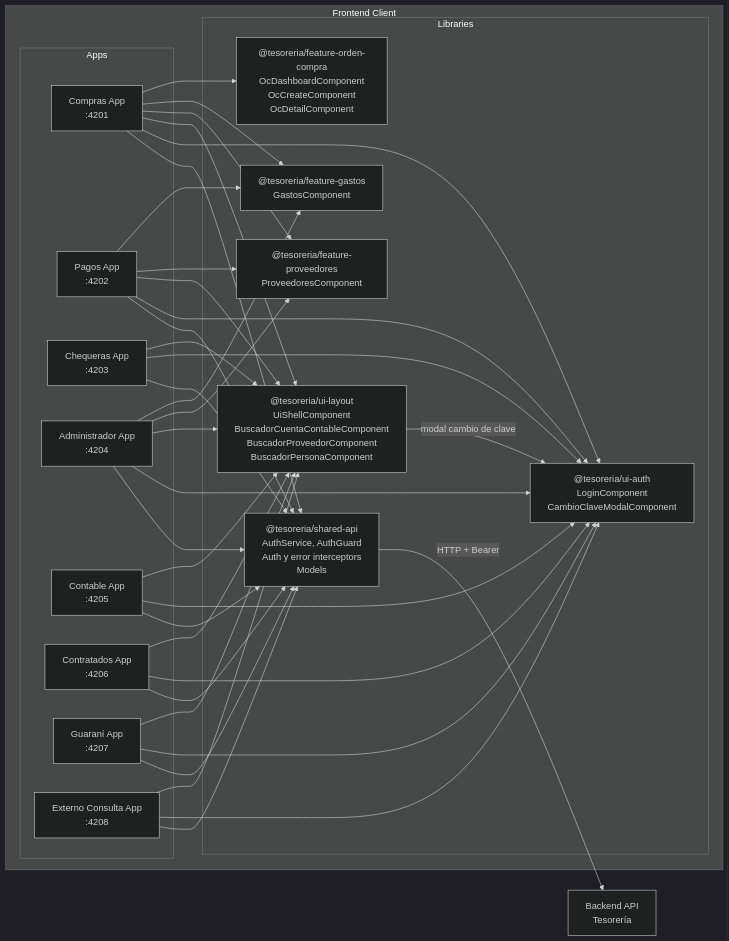
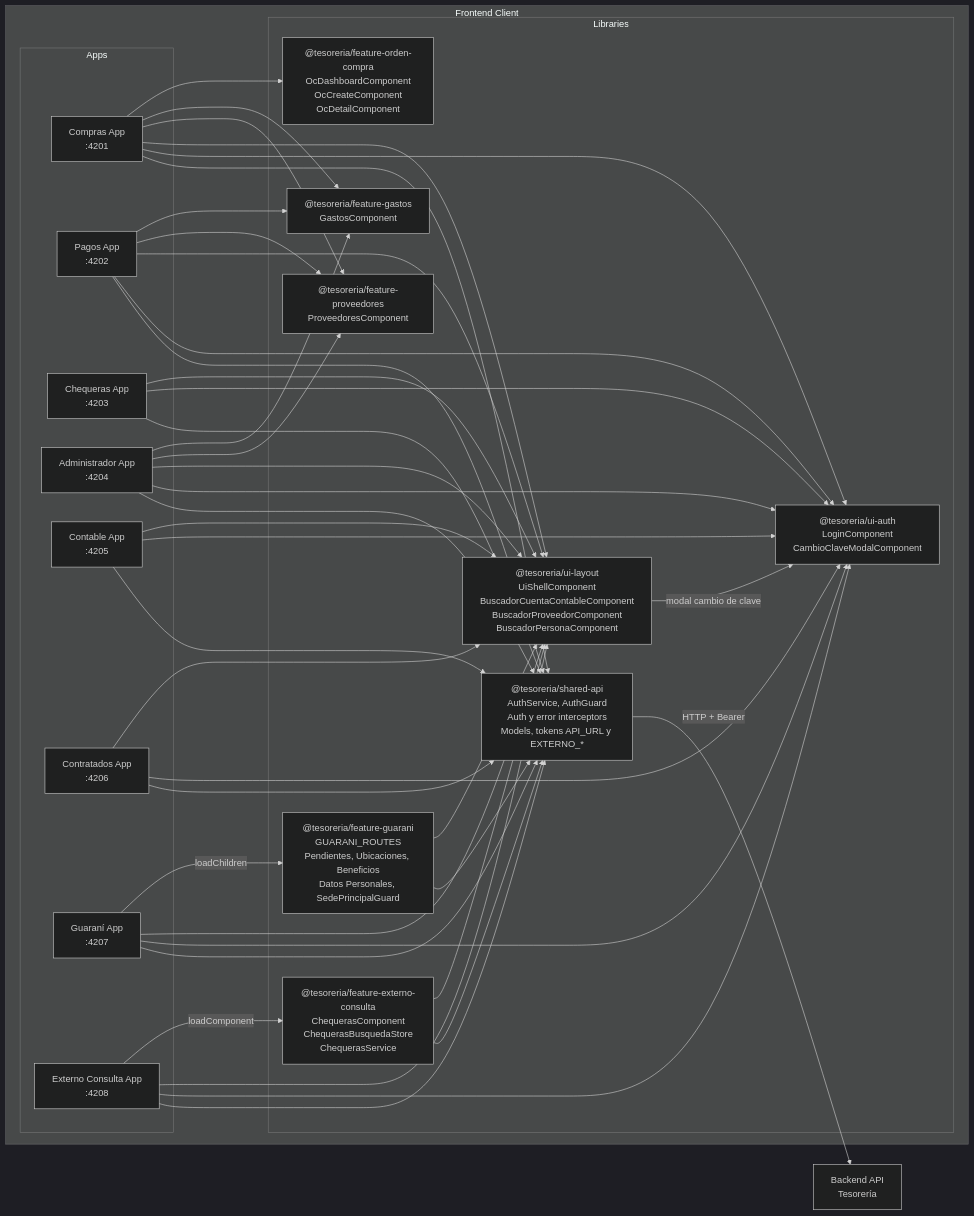
The first of 8 diagrams in docs/architecture.md (UM-services/UM.tesoreria.frontend-client), drawn with Mermaid (dark theme) before and after one commit. The commit also changed other lines of this file and 3 other files, not shown here.

````diff
--- a/docs/architecture.md
+++ b/docs/architecture.md
@@ -5,67 +5,75 @@
 ```mermaid
     flowchart LR
     subgraph "Frontend Client"
         subgraph "Apps"
             Compras["Compras App<br/>:4201"]
             Pagos["Pagos App<br/>:4202"]
             Chequeras["Chequeras App<br/>:4203"]
             Admin["Administrador App<br/>:4204"]
             Contable["Contable App<br/>:4205"]
             Contratados["Contratados App<br/>:4206"]
             Guarani["Guaraní App<br/>:4207"]
             ExternoConsulta["Externo Consulta App<br/>:4208"]
         end
 
         subgraph "Libraries"
-            SharedAPI["@tesoreria/shared-api<br/>AuthService, AuthGuard<br/>Auth y error interceptors<br/>Models"]
+            SharedAPI["@tesoreria/shared-api<br/>AuthService, AuthGuard<br/>Auth y error interceptors<br/>Models, tokens API_URL y EXTERNO_*"]
             UIAuth["@tesoreria/ui-auth<br/>LoginComponent<br/>CambioClaveModalComponent"]
             UILayout["@tesoreria/ui-layout<br/>UiShellComponent<br/>BuscadorCuentaContableComponent<br/>BuscadorProveedorComponent<br/>BuscadorPersonaComponent"]
             FeatureProveedores["@tesoreria/feature-proveedores<br/>ProveedoresComponent"]
             FeatureGastos["@tesoreria/feature-gastos<br/>GastosComponent"]
             FeatureOrdenCompra["@tesoreria/feature-orden-compra<br/>OcDashboardComponent<br/>OcCreateComponent<br/>OcDetailComponent"]
+            FeatureGuarani["@tesoreria/feature-guarani<br/>GUARANI_ROUTES<br/>Pendientes, Ubicaciones, Beneficios<br/>Datos Personales, SedePrincipalGuard"]
+            FeatureExterno["@tesoreria/feature-externo-consulta<br/>ChequerasComponent<br/>ChequerasBusquedaStore<br/>ChequerasService"]
         end
     end
 
     Compras --> SharedAPI
     Compras --> UIAuth
     Compras --> UILayout
     Compras --> FeatureProveedores
     Compras --> FeatureGastos
     Compras --> FeatureOrdenCompra
 
     Pagos --> SharedAPI
     Pagos --> UIAuth
     Pagos --> UILayout
     Pagos --> FeatureProveedores
     Pagos --> FeatureGastos
 
     Chequeras --> SharedAPI
     Chequeras --> UIAuth
     Chequeras --> UILayout
 
     Admin --> SharedAPI
     Admin --> UIAuth
     Admin --> UILayout
     Admin --> FeatureProveedores
     Admin --> FeatureGastos
 
     Contable --> SharedAPI
     Contable --> UIAuth
     Contable --> UILayout
 
     Contratados --> SharedAPI
     Contratados --> UIAuth
     Contratados --> UILayout
 
     Guarani --> SharedAPI
     Guarani --> UIAuth
     Guarani --> UILayout
+    Guarani -->|"loadChildren"| FeatureGuarani
+    FeatureGuarani --> SharedAPI
+    FeatureGuarani --> UILayout
 
     ExternoConsulta --> SharedAPI
     ExternoConsulta --> UIAuth
     ExternoConsulta --> UILayout
+    ExternoConsulta -->|"loadComponent"| FeatureExterno
+    FeatureExterno --> SharedAPI
+    FeatureExterno --> UILayout
 
     UILayout -->|"modal cambio de clave"| UIAuth
 
     SharedAPI -->|"HTTP + Bearer"| BackendAPI["Backend API<br/>Tesorería"]
 ```
````
